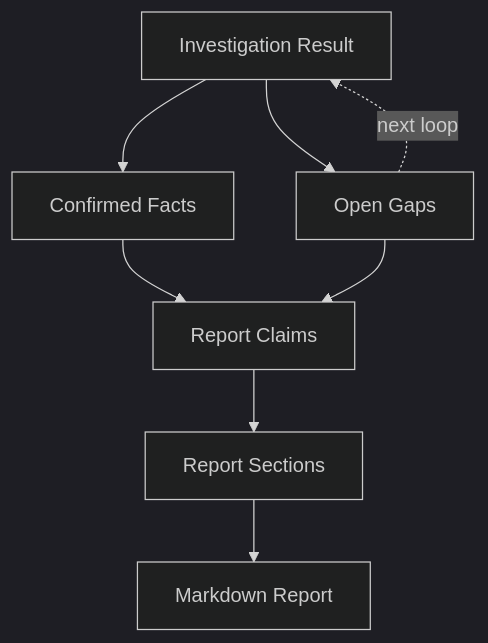
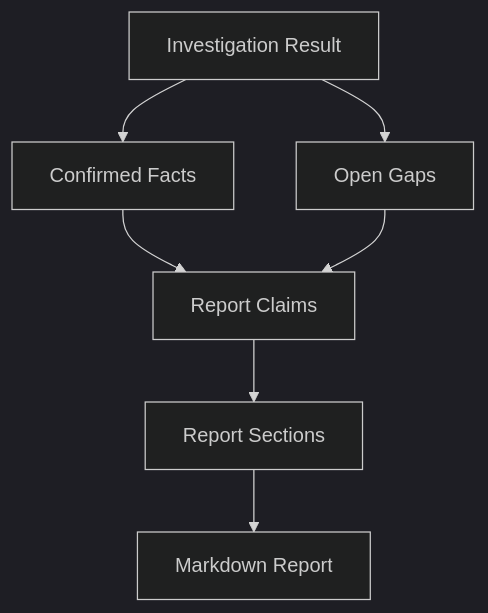
One commit to sumeshi/forensia changed the fourth of 6 diagrams in README.md. Above: the diagram before and after it, drawn with Mermaid (dark theme). The commit also changed other lines of this file, not shown here.

````diff
--- a/README.md
+++ b/README.md
@@ -300,16 +220,15 @@
 ```mermaid
 flowchart TD
     A["Investigation Result"]
     B["Confirmed Facts"]
     C["Open Gaps"]
     D["Report Claims"]
     E["Report Sections"]
     F["Markdown Report"]
 
     A --> B
     A --> C
     B --> D
     C --> D
     D --> E --> F
-    C -. next loop .-> A
 ```
````
